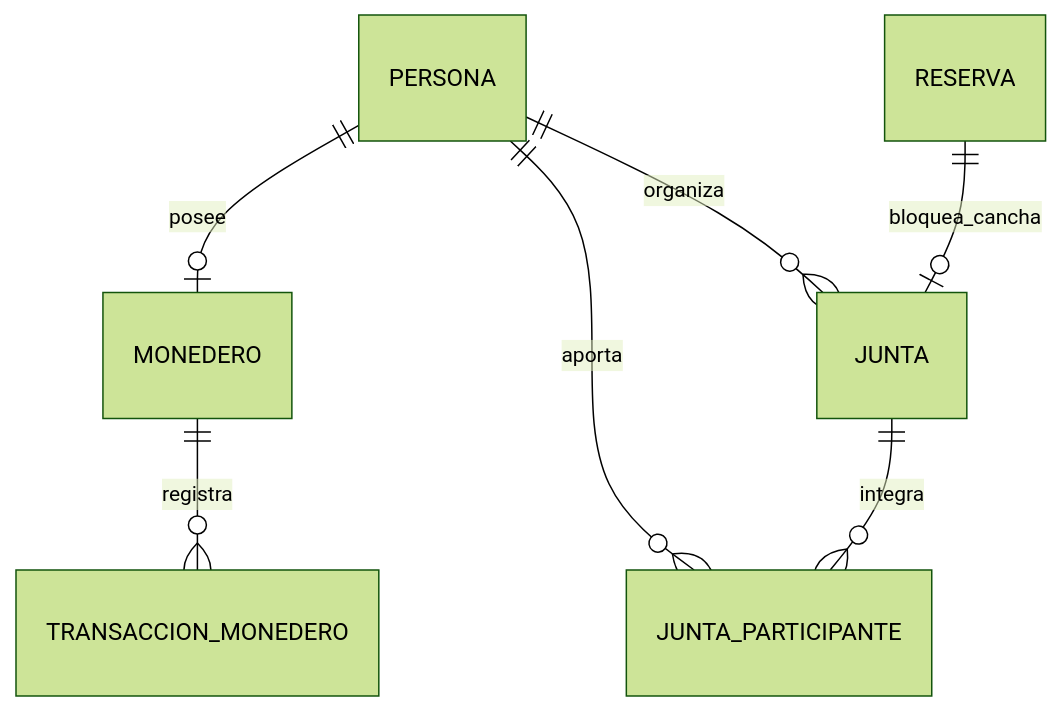
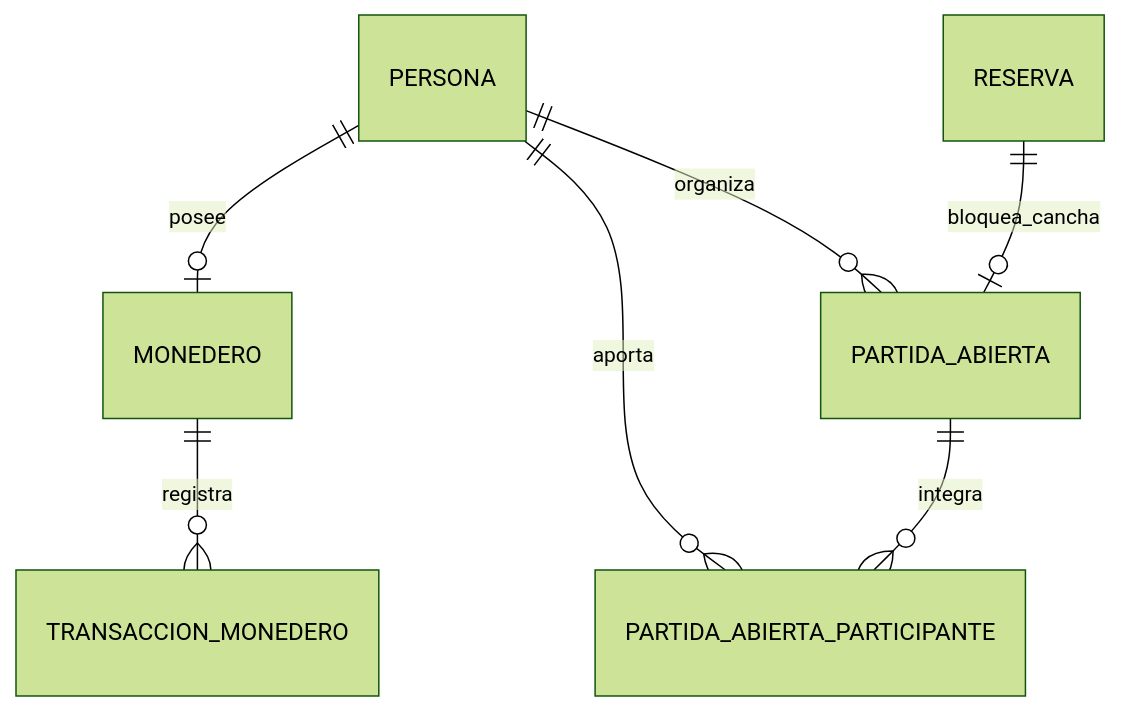
Before and after one commit to CristhianCoronel/copia-reservas: the sixth of 9 diagrams in context/database_schema.md, drawn with Mermaid (forest theme). The commit also changed other lines of this file and 1 other file, not shown here.

````diff
--- a/context/database_schema.md
+++ b/context/database_schema.md
@@ -570,9 +570,9 @@
 ```mermaid
 erDiagram
     PERSONA ||--o| MONEDERO : posee
     MONEDERO ||--o{ TRANSACCION_MONEDERO : registra
-    RESERVA ||--o| JUNTA : bloquea_cancha
-    PERSONA ||--o{ JUNTA : organiza
-    JUNTA ||--o{ JUNTA_PARTICIPANTE : integra
-    PERSONA ||--o{ JUNTA_PARTICIPANTE : aporta
+    RESERVA ||--o| PARTIDA_ABIERTA : bloquea_cancha
+    PERSONA ||--o{ PARTIDA_ABIERTA : organiza
+    PARTIDA_ABIERTA ||--o{ PARTIDA_ABIERTA_PARTICIPANTE : integra
+    PERSONA ||--o{ PARTIDA_ABIERTA_PARTICIPANTE : aporta
 ```
````
